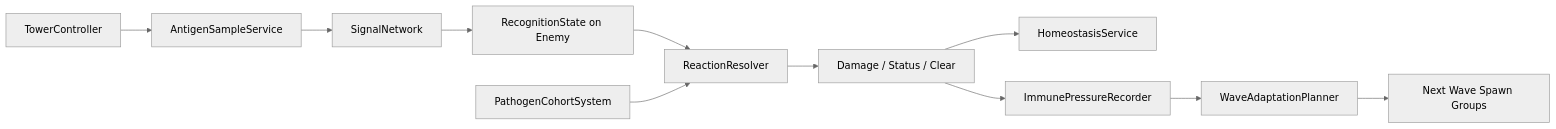
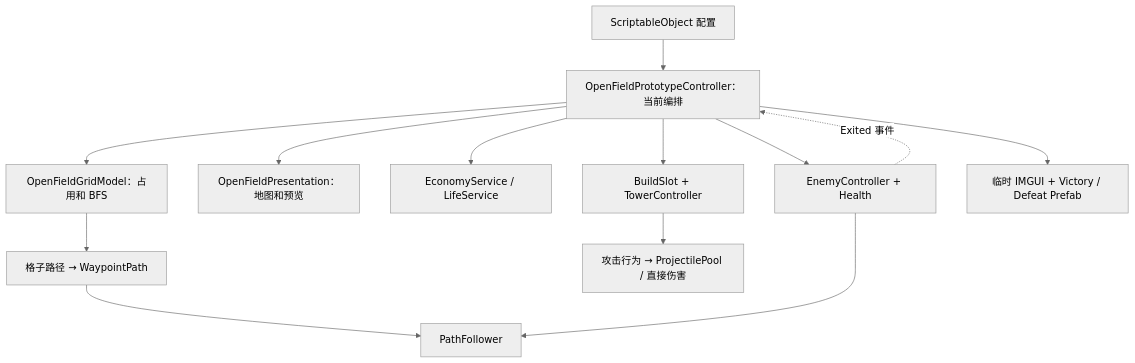
The diagram in Docs/TECHNICAL_ARCHITECTURE.md (lbcz177/CellDefense), drawn with Mermaid (neutral theme) before and after one commit. The commit also changed other lines of this file and 2271 other files, not shown here.

Commit message:
feat: checkpoint open-field combat, five maps and level selection

````diff
--- a/Docs/TECHNICAL_ARCHITECTURE.md
+++ b/Docs/TECHNICAL_ARCHITECTURE.md
@@ -848,13 +38,15 @@
 ```mermaid
-flowchart LR
-    Tower["TowerController"] --> Sample["AntigenSampleService"]
-    Sample --> Signal["SignalNetwork"]
-    Signal --> Mark["RecognitionState on Enemy"]
-    Mark --> Reaction["ReactionResolver"]
-    Reaction --> Combat["Damage / Status / Clear"]
-    Combat --> Homeostasis["HomeostasisService"]
-    Combat --> Pressure["ImmunePressureRecorder"]
-    Cohort["PathogenCohortSystem"] --> Reaction
-    Pressure --> Adaptation["WaveAdaptationPlanner"]
-    Adaptation --> NextWave["Next Wave Spawn Groups"]
+flowchart TD
+    C["OpenFieldPrototypeController：当前编排"] --> G["OpenFieldGridModel：占用和 BFS"]
+    C --> P["OpenFieldPresentation：地图和预览"]
+    C --> EL["EconomyService / LifeService"]
+    C --> T["BuildSlot + TowerController"]
+    C --> E["EnemyController + Health"]
+    G --> WP["格子路径 → WaypointPath"]
+    WP --> PF["PathFollower"]
+    E --> PF
+    T --> A["攻击行为 → ProjectilePool / 直接伤害"]
+    E -. "Exited 事件" .-> C
+    C --> UI["临时 IMGUI + Victory / Defeat Prefab"]
+    SO["ScriptableObject 配置"] --> C
 ```
````
